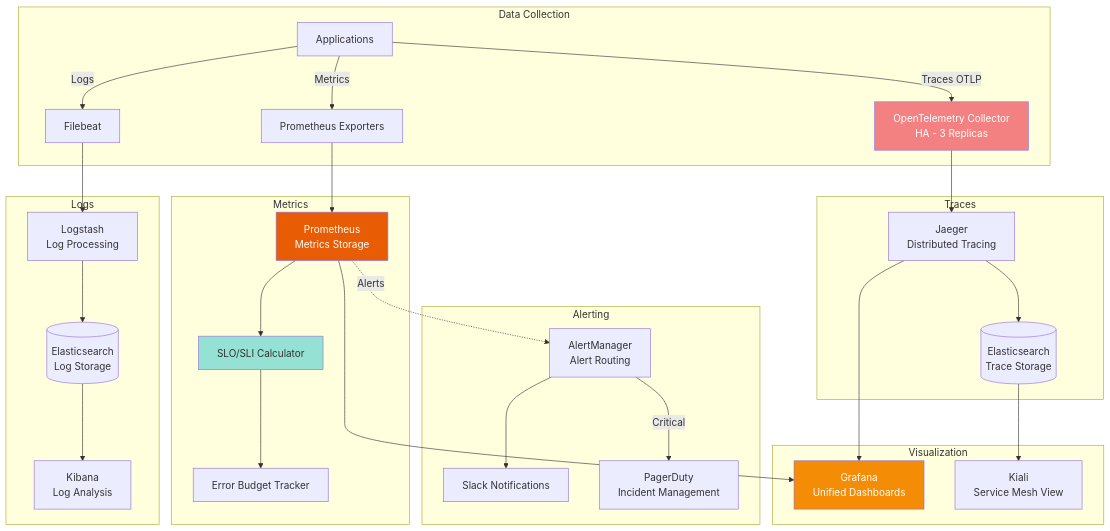
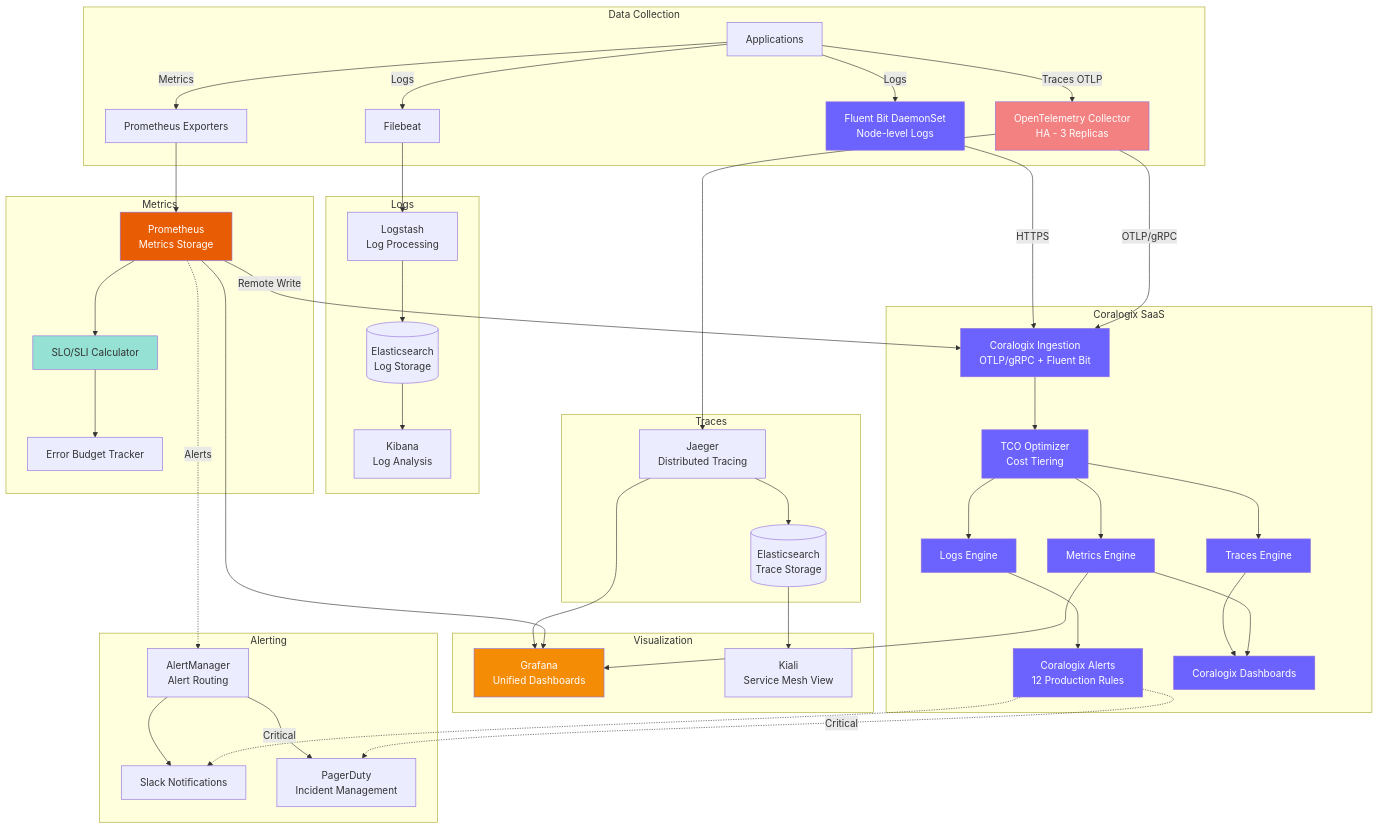
Diagram 21 of 31 in ARCHITECTURE.md (Derek-miranda/DocuThinker-AI), drawn with Mermaid before and after one commit. The commit also changed other lines of this file and 20 other files, not shown here.

````diff
--- a/ARCHITECTURE.md
+++ b/ARCHITECTURE.md
@@ -1668,6 +1669,7 @@
         OTEL[OpenTelemetry Collector<br/>HA - 3 Replicas]
         PROM_EXP[Prometheus Exporters]
         FILEBEAT[Filebeat]
+        FLUENTBIT[Fluent Bit DaemonSet<br/>Node-level Logs]
     end
 
     subgraph "Traces"
@@ -1687,6 +1689,16 @@
         KIBANA[Kibana<br/>Log Analysis]
     end
 
+    subgraph "Coralogix SaaS"
+        CX_INGEST[Coralogix Ingestion<br/>OTLP/gRPC + Fluent Bit]
+        CX_TCO[TCO Optimizer<br/>Cost Tiering]
+        CX_LOGS[Logs Engine]
+        CX_METRICS[Metrics Engine]
+        CX_TRACES[Traces Engine]
+        CX_ALERTS[Coralogix Alerts<br/>12 Production Rules]
+        CX_DASH[Coralogix Dashboards]
+    end
+
     subgraph "Visualization"
         GRAF[Grafana<br/>Unified Dashboards]
         KIALI[Kiali<br/>Service Mesh View]
@@ -1701,23 +1713,38 @@
     APP -->|Traces OTLP| OTEL
     APP -->|Metrics| PROM_EXP
     APP -->|Logs| FILEBEAT
+    APP -->|Logs| FLUENTBIT
 
     OTEL --> JAEGER
+    OTEL -->|OTLP/gRPC| CX_INGEST
     JAEGER --> TRACE_STORE
 
     PROM_EXP --> PROM
     PROM --> SLO
+    PROM -->|Remote Write| CX_INGEST
     SLO --> ERROR_BUDGET
 
     FILEBEAT --> LOGSTASH
     LOGSTASH --> ELASTIC
     ELASTIC --> KIBANA
+    FLUENTBIT -->|HTTPS| CX_INGEST
+
+    CX_INGEST --> CX_TCO
+    CX_TCO --> CX_LOGS
+    CX_TCO --> CX_METRICS
+    CX_TCO --> CX_TRACES
+    CX_LOGS --> CX_ALERTS
+    CX_METRICS --> CX_DASH
+    CX_TRACES --> CX_DASH
+    CX_METRICS --> GRAF
 
     PROM --> GRAF
     JAEGER --> GRAF
     TRACE_STORE --> KIALI
 
     PROM -.->|Alerts| ALERT_MGR
+    CX_ALERTS -.-> SLACK
+    CX_ALERTS -.->|Critical| PAGERDUTY
     ALERT_MGR --> SLACK
     ALERT_MGR -->|Critical| PAGERDUTY
 
@@ -1725,4 +1752,12 @@
     style PROM fill:#E85D04,color:#fff
     style GRAF fill:#F48C06,color:#fff
     style SLO fill:#95E1D3
+    style CX_INGEST fill:#6C63FF,color:#fff
+    style CX_TCO fill:#6C63FF,color:#fff
+    style CX_LOGS fill:#6C63FF,color:#fff
+    style CX_METRICS fill:#6C63FF,color:#fff
+    style CX_TRACES fill:#6C63FF,color:#fff
+    style CX_ALERTS fill:#6C63FF,color:#fff
+    style CX_DASH fill:#6C63FF,color:#fff
+    style FLUENTBIT fill:#6C63FF,color:#fff
 ```
````
